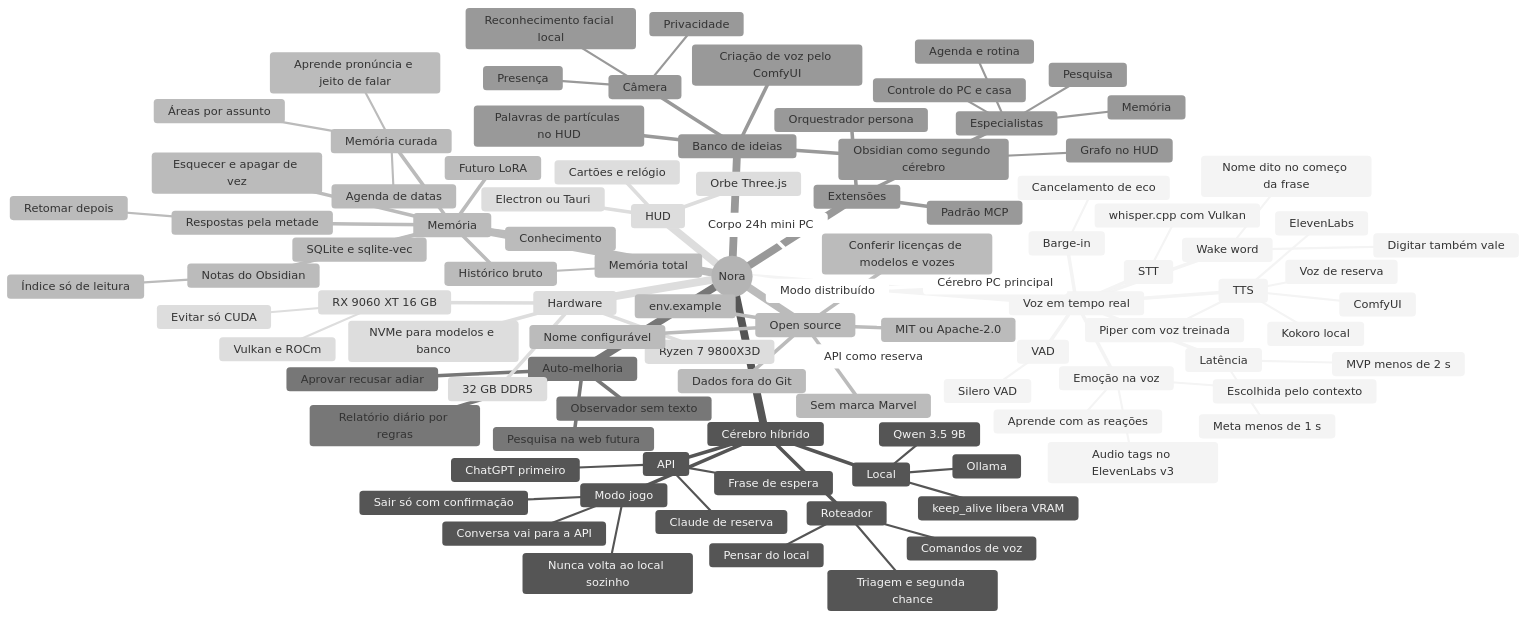
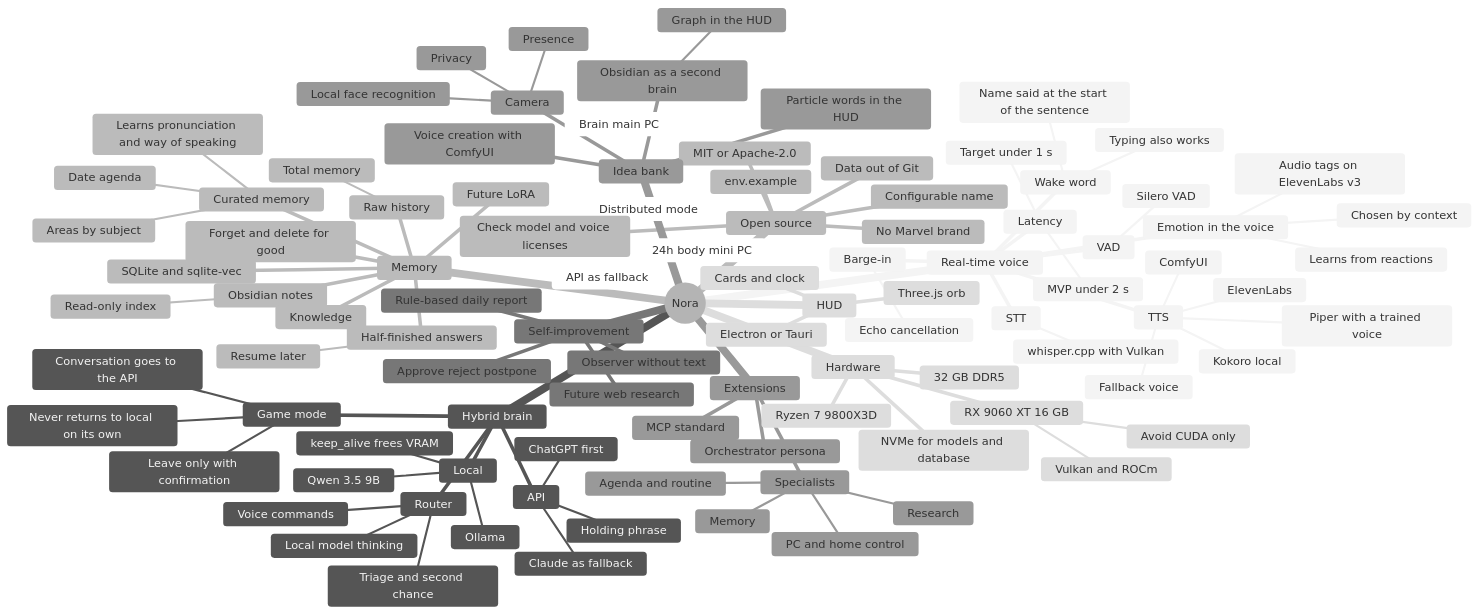
One commit to Gabitoprof/Nora changed the first of 4 diagrams in docs/MAPA_MENTAL.md. Above: the diagram before and after it, drawn with Mermaid (neutral theme). The commit also changed other lines of this file and 81 other files, not shown here.

````diff
--- a/docs/MAPA_MENTAL.md
+++ b/docs/MAPA_MENTAL.md
@@ -17,103 +17,103 @@
 ```mermaid
 mindmap
   root((Nora))
-    Voz em tempo real
+    Real-time voice
       Wake word
-        Nome dito no começo da frase
-        Digitar também vale
+        Name said at the start of the sentence
+        Typing also works
       VAD
         Silero VAD
       STT
-        whisper.cpp com Vulkan
+        whisper.cpp with Vulkan
       TTS
         Kokoro local
-        Piper com voz treinada
+        Piper with a trained voice
         ElevenLabs
         ComfyUI
-        Voz de reserva
-      Emoção na voz
-        Escolhida pelo contexto
-        Audio tags no ElevenLabs v3
-        Aprende com as reações
+        Fallback voice
+      Emotion in the voice
+        Chosen by context
+        Audio tags on ElevenLabs v3
+        Learns from reactions
       Barge-in
-        Cancelamento de eco
-      Latência
-        Meta menos de 1 s
-        MVP menos de 2 s
-    Cérebro híbrido
+        Echo cancellation
+      Latency
+        Target under 1 s
+        MVP under 2 s
+    Hybrid brain
       Local
         Ollama
         Qwen 3.5 9B
-        keep_alive libera VRAM
-      Roteador
-        Triagem e segunda chance
-        Pensar do local
-        Comandos de voz
+        keep_alive frees VRAM
+      Router
+        Triage and second chance
+        Local model thinking
+        Voice commands
       API
-        ChatGPT primeiro
-        Claude de reserva
-        Frase de espera
-      Modo jogo
-        Conversa vai para a API
-        Sair só com confirmação
-        Nunca volta ao local sozinho
-    Memória
-      SQLite e sqlite-vec
-      Histórico bruto
-        Memória total
-      Memória curada
-        Áreas por assunto
-        Agenda de datas
-        Aprende pronúncia e jeito de falar
-      Esquecer e apagar de vez
-      Respostas pela metade
-        Retomar depois
-      Notas do Obsidian
-        Índice só de leitura
-      Conhecimento
-      Futuro LoRA
-    Auto-melhoria
-      Observador sem texto
-      Relatório diário por regras
-      Aprovar recusar adiar
-      Pesquisa na web futura
-    Extensões
-      Padrão MCP
-      Orquestrador persona
-      Especialistas
-        Agenda e rotina
-        Pesquisa
-        Controle do PC e casa
-        Memória
+        ChatGPT first
+        Claude as fallback
+        Holding phrase
+      Game mode
+        Conversation goes to the API
+        Leave only with confirmation
+        Never returns to local on its own
+    Memory
+      SQLite and sqlite-vec
+      Raw history
+        Total memory
+      Curated memory
+        Areas by subject
+        Date agenda
+        Learns pronunciation and way of speaking
+      Forget and delete for good
+      Half-finished answers
+        Resume later
+      Obsidian notes
+        Read-only index
+      Knowledge
+      Future LoRA
+    Self-improvement
+      Observer without text
+      Rule-based daily report
+      Approve reject postpone
+      Future web research
+    Extensions
+      MCP standard
+      Orchestrator persona
+      Specialists
+        Agenda and routine
+        Research
+        PC and home control
+        Memory
     HUD
-      Electron ou Tauri
-      Orbe Three.js
-      Cartões e relógio
-    Modo distribuído
-      Corpo 24h mini PC
-      Cérebro PC principal
-      API como reserva
+      Electron or Tauri
+      Three.js orb
+      Cards and clock
+    Distributed mode
+      24h body mini PC
+      Brain main PC
+      API as fallback
     Hardware
       RX 9060 XT 16 GB
-        Vulkan e ROCm
-        Evitar só CUDA
+        Vulkan and ROCm
+        Avoid CUDA only
       Ryzen 7 9800X3D
       32 GB DDR5
-      NVMe para modelos e banco
+      NVMe for models and database
     Open source
-      Dados fora do Git
+      Data out of Git
       env.example
-      Sem marca Marvel
-      Nome configurável
-      MIT ou Apache-2.0
-      Conferir licenças de modelos e vozes
-    Banco de ideias
-      Câmera
-        Presença
-        Reconhecimento facial local
-        Privacidade
-      Obsidian como segundo cérebro
-        Grafo no HUD
-      Palavras de partículas no HUD
-      Criação de voz pelo ComfyUI
+      No Marvel brand
+      Configurable name
+      MIT or Apache-2.0
+      Check model and voice licenses
+    Idea bank
+      Camera
+        Presence
+        Local face recognition
+        Privacy
+      Obsidian as a second brain
+        Graph in the HUD
+      Particle words in the HUD
+      Voice creation with ComfyUI
 ```
````
